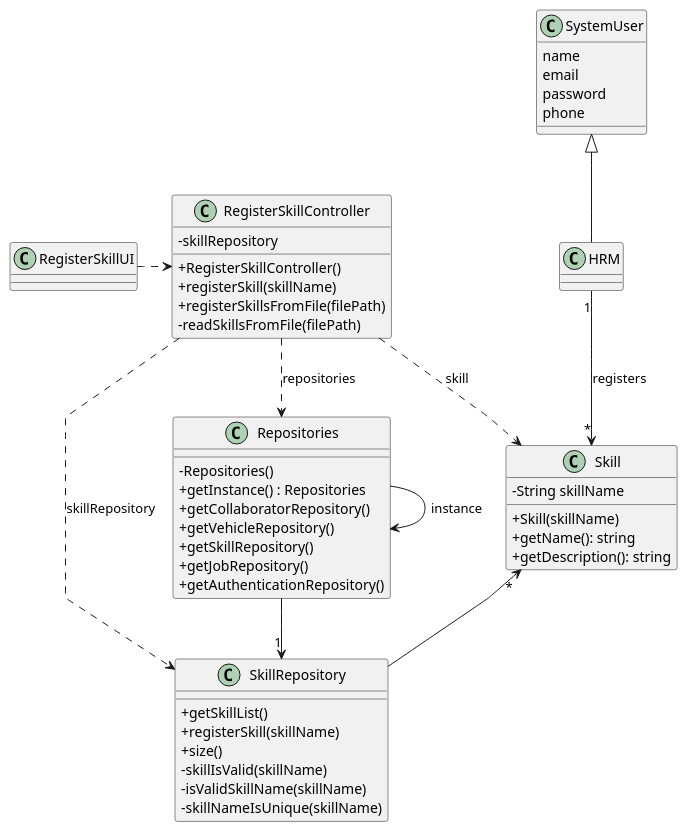
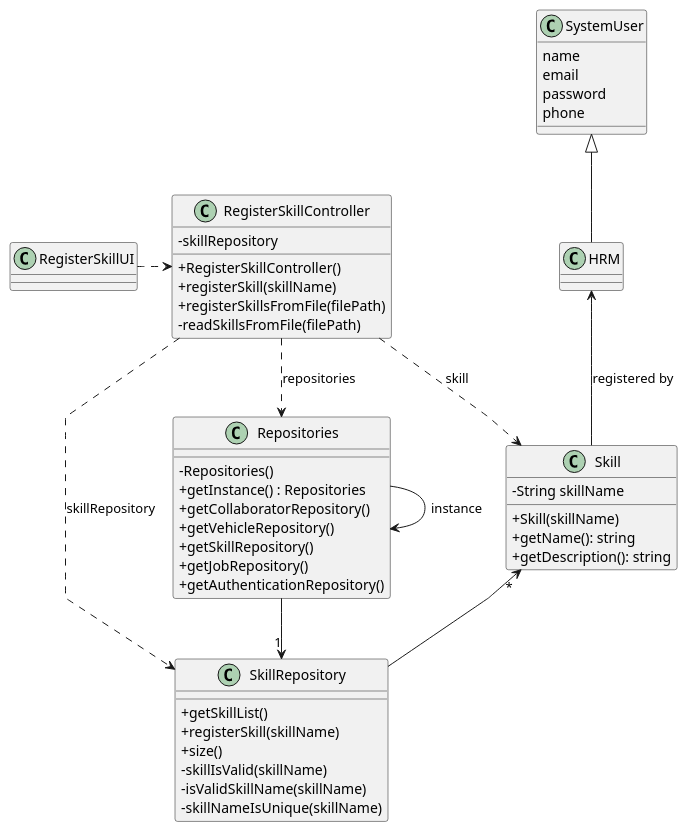
One commit to Departamento-de-Engenharia-Informatica/lei-24-s2-1do-g164 changed the diagram in docs/sprintB/us001/03.design/puml/us001-class-diagram.puml. Above: the diagram before and after it, drawn with PlantUML. The commit also changed 7 other files, not shown here.

```diff
--- a/docs/sprintB/us001/03.design/puml/us001-class-diagram.puml
+++ b/docs/sprintB/us001/03.design/puml/us001-class-diagram.puml
@@ -1,72 +1,72 @@
 @startuml
 'skinparam monochrome true
 skinparam packageStyle rectangle
 skinparam shadowing false
 skinparam linetype polyline
 'skinparam linetype orto
 
 skinparam classAttributeIconSize 0
 
 'left to right direction
 
 class Skill {
     - String skillName
     + Skill(skillName)
     + getName(): string
     + getDescription(): string
 }
 
 class Repositories {
 
 
     - Repositories()
     + getInstance() : Repositories
     + getCollaboratorRepository()
     + getVehicleRepository()
     + getSkillRepository()
     + getJobRepository()
     + getAuthenticationRepository()
 }
 
 class SkillRepository {
 
     + getSkillList()
     + registerSkill(skillName)
     + size()
     - skillIsValid(skillName)
     - isValidSkillName(skillName)
     - skillNameIsUnique(skillName)
 }
 
 class RegisterSkillController {
     - skillRepository
 
     + RegisterSkillController()
     + registerSkill(skillName)
     + registerSkillsFromFile(filePath)
     - readSkillsFromFile(filePath)
 }
 
 class HRM {}
 
 class SystemUser {
     name
     email
     password
     phone
 }
 
 class RegisterSkillUI {}
 
 SystemUser <|-- HRM
-HRM "1" --> "*" Skill : registers
+HRM  <-- Skill : registered by
 RegisterSkillController ..> Repositories : repositories
 RegisterSkillController ..> SkillRepository : skillRepository
 RegisterSkillController ..> Skill : skill
 
 RegisterSkillUI .> RegisterSkillController
 Repositories -->"1" SkillRepository
 Repositories -> Repositories : instance
 Skill "*" <-- SkillRepository
 
 @enduml
```
